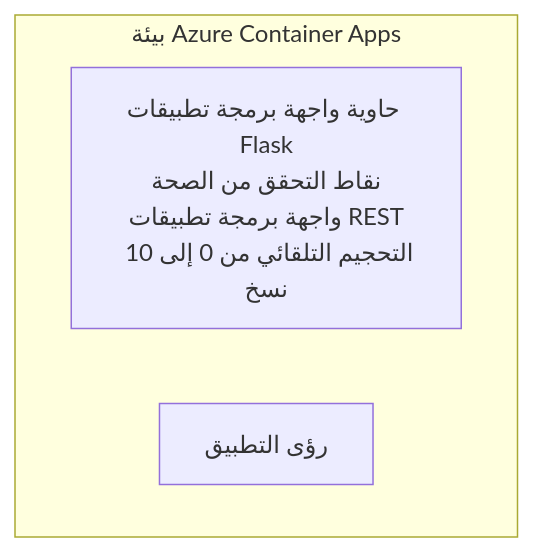
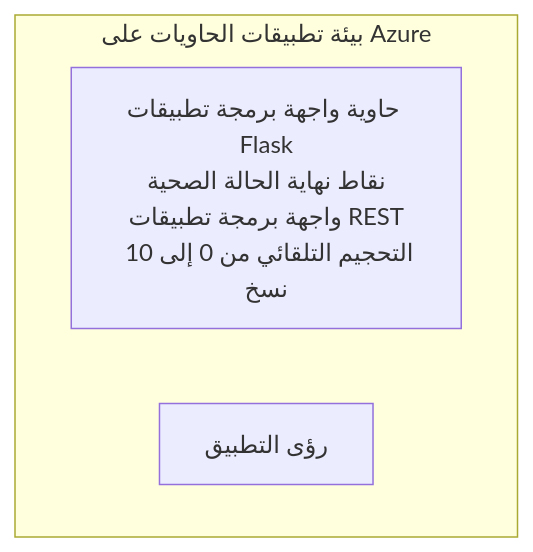
Before and after one commit to microsoft/AZD-for-beginners: the diagram in translations/ar/examples/container-app/simple-flask-api/README.md, drawn with Mermaid. The commit also changed other lines of this file and 104 other files, not shown here.

````diff
--- a/translations/ar/examples/container-app/simple-flask-api/README.md
+++ b/translations/ar/examples/container-app/simple-flask-api/README.md
@@ -26,7 +26,7 @@
 ```mermaid
 graph TD
-    subgraph ACA[بيئة Azure Container Apps]
-        Flask[حاوية واجهة برمجة تطبيقات Flask<br/>نقاط التحقق من الصحة<br/>واجهة برمجة تطبيقات REST<br/>التحجيم التلقائي من 0 إلى 10 نسخ]
+    subgraph ACA[بيئة تطبيقات الحاويات على Azure]
+        Flask[حاوية واجهة برمجة تطبيقات Flask<br/>نقاط نهاية الحالة الصحية<br/>واجهة برمجة تطبيقات REST<br/>التحجيم التلقائي من 0 إلى 10 نسخ]
         AppInsights[رؤى التطبيق]
     end
 ```
````
